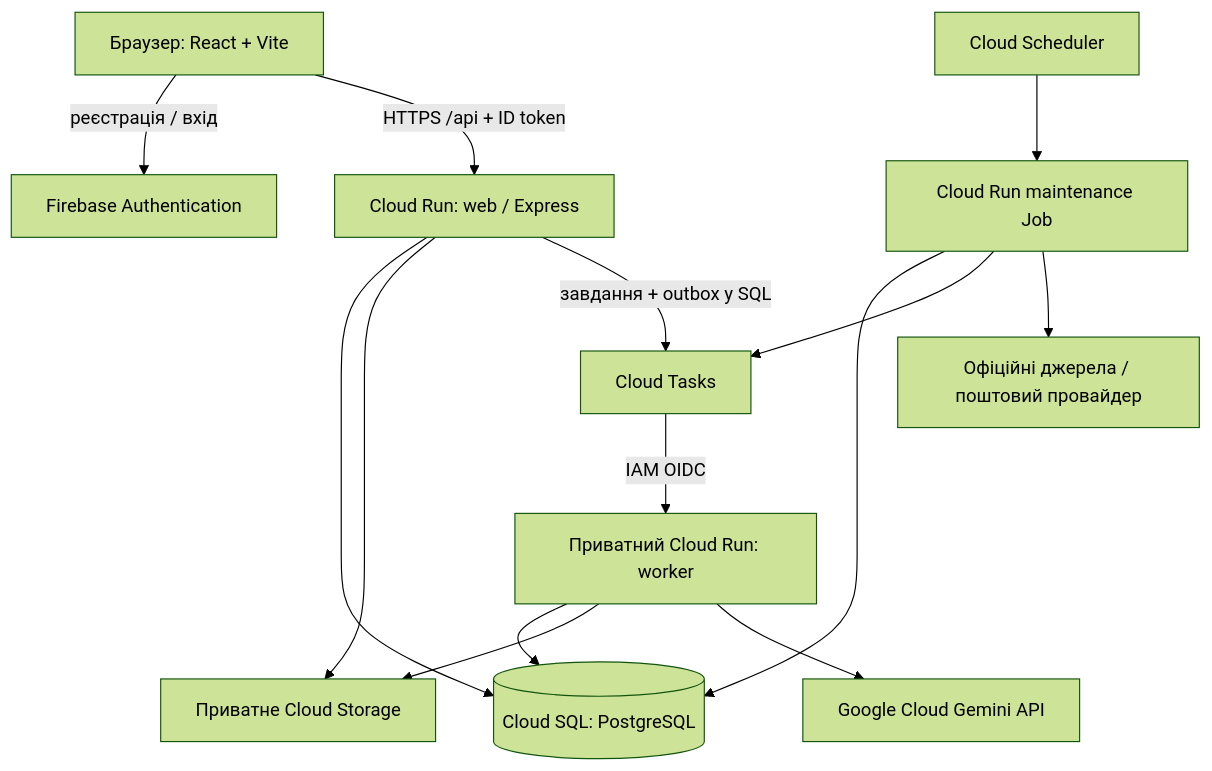
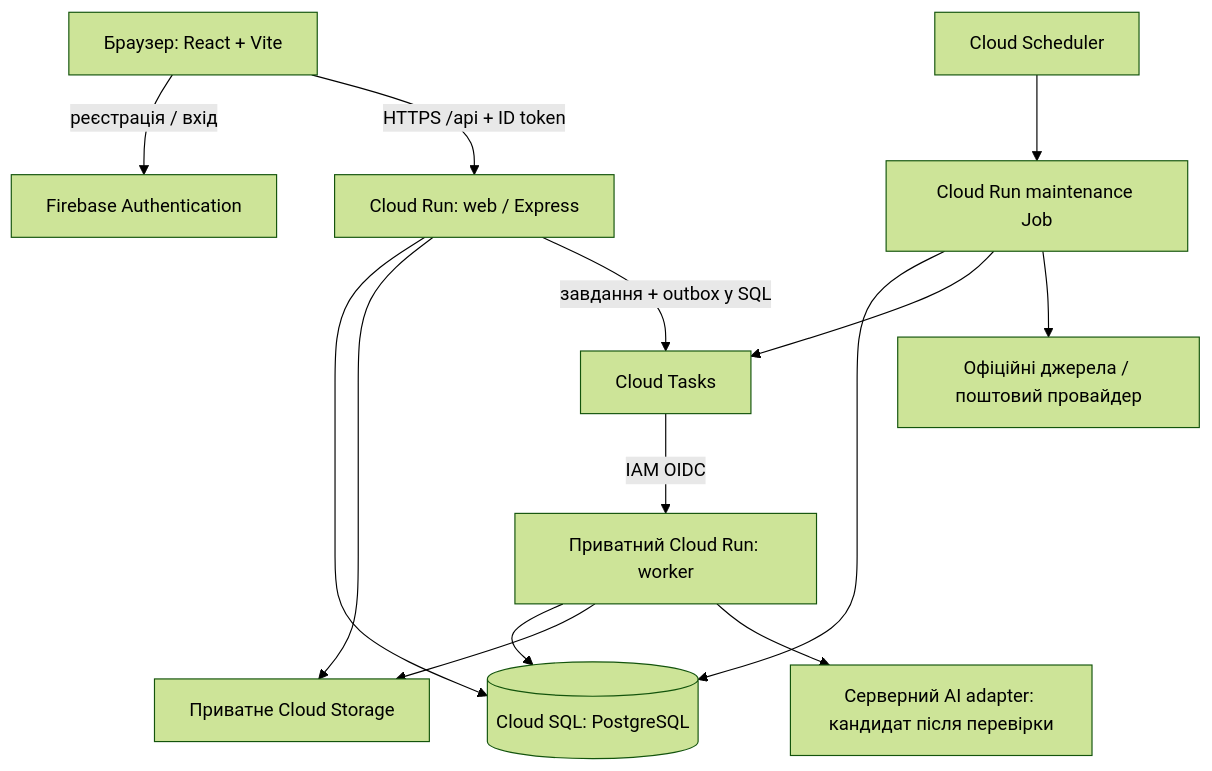
One commit to stashnid/GrantFolio changed the diagram in docs/architecture.md. Above: the diagram before and after it, drawn with Mermaid (forest theme). The commit also changed other lines of this file and 41 other files, not shown here.

````diff
--- a/docs/architecture.md
+++ b/docs/architecture.md
@@ -15,16 +15,16 @@
 ```mermaid
 flowchart TD
     U[Браузер: React + Vite] -->|реєстрація / вхід| A[Firebase Authentication]
     U -->|HTTPS /api + ID token| W[Cloud Run: web / Express]
     W --> D[(Cloud SQL: PostgreSQL)]
     W --> S[Приватне Cloud Storage]
     W -->|завдання + outbox у SQL| Q[Cloud Tasks]
     Q -->|IAM OIDC| K[Приватний Cloud Run: worker]
     K --> D
     K --> S
-    K --> M[Google Cloud Gemini API]
+    K --> M[Серверний AI adapter: кандидат після перевірки]
     C[Cloud Scheduler] --> J[Cloud Run maintenance Job]
     J --> D
     J --> Q
     J --> R[Офіційні джерела / поштовий провайдер]
 ```
````
